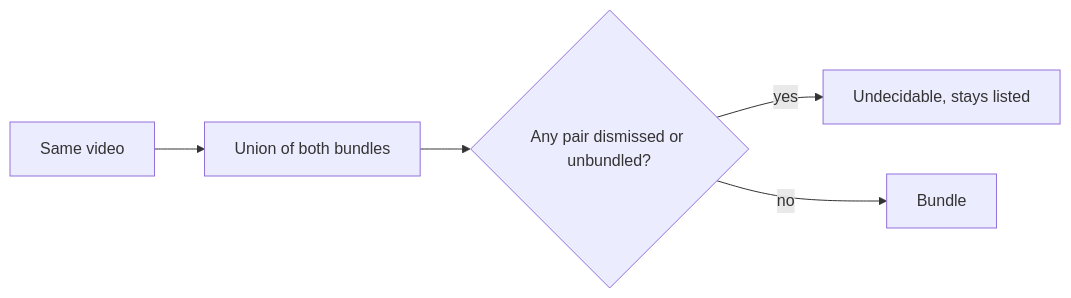
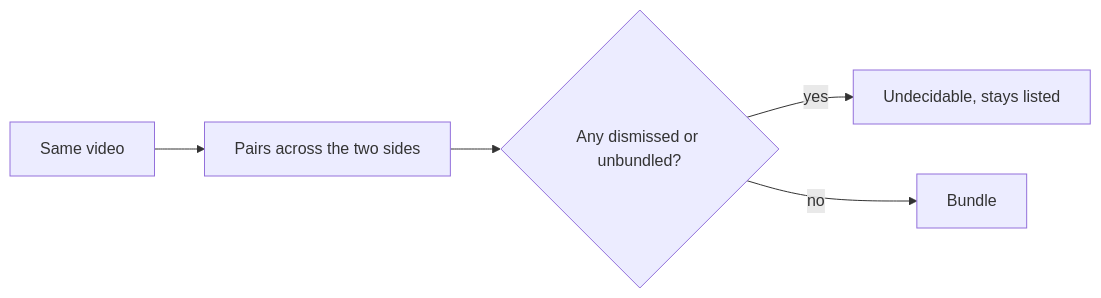
One commit to syudead/vv changed the third of 3 diagrams in specs/054-auto-dup/research.md. Above: the diagram before and after it, drawn with Mermaid. The commit also changed other lines of this file and 3 other files, not shown here.

````diff
--- a/specs/054-auto-dup/research.md
+++ b/specs/054-auto-dup/research.md
@@ -136,7 +143,7 @@
 ```mermaid
 flowchart LR
-  same[Same video] --> members[Union of both bundles]
-  members --> check{Any pair dismissed or unbundled?}
+  same[Same video] --> cross[Pairs across the two sides]
+  cross --> check{Any dismissed or unbundled?}
   check -->|yes| undecided[Undecidable, stays listed]
   check -->|no| bundle[Bundle]
 ```
````
